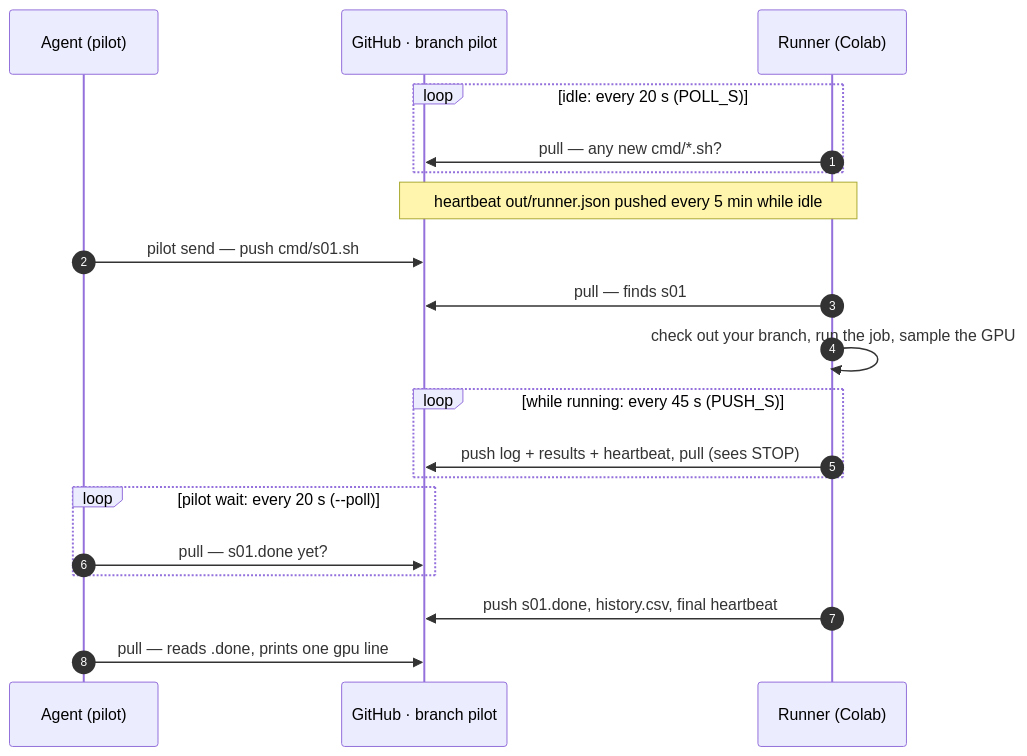
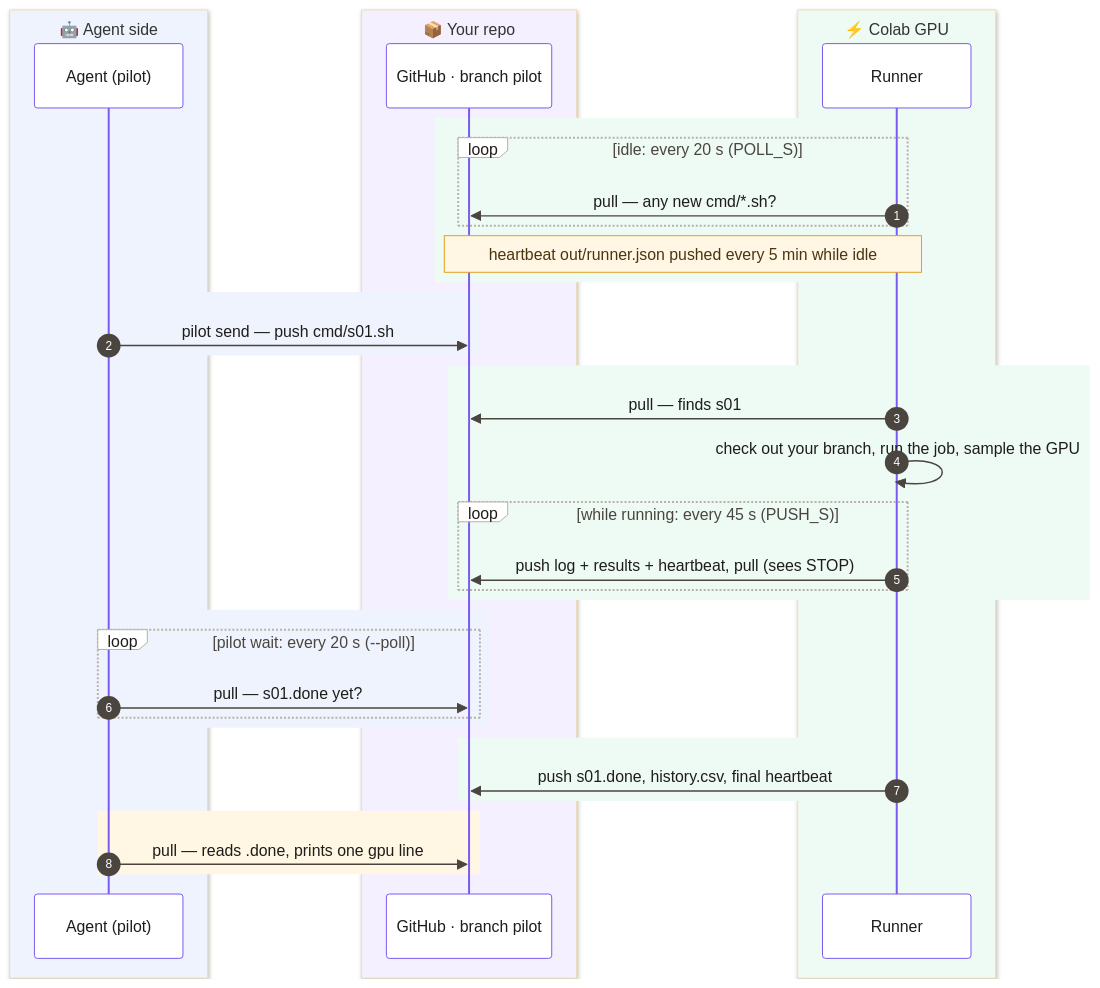
The third of 3 diagrams in docs/HOW-IT-WORKS.md (SergeyChere/MeetProxy), drawn with Mermaid before and after one commit. The commit also changed other lines of this file and 1 other file, not shown here.

Commit message:
Docs: all diagrams as colored Mermaid
ARCHITECTURE.md: the ASCII overview becomes a Mermaid flowchart.
HOW-IT-WORKS.md: the timer sequence diagram gets colored boxes per side
(agent blue, repo purple, Colab green, result amber); flowcharts get
colored subgraphs and edges by who reads what.

Claude-Session: https://claude.ai/code/session_01LGEfjEpajPLq19FPbvdUeb

````diff
--- a/docs/HOW-IT-WORKS.md
+++ b/docs/HOW-IT-WORKS.md
@@ -98,22 +108,47 @@
 ```mermaid
+%%{init: {"theme": "base", "themeVariables": {"actorBkg": "#ffffff", "actorBorder": "#7a5af0", "actorTextColor": "#1f1d1a", "signalColor": "#4a463f", "signalTextColor": "#1f1d1a", "noteBkgColor": "#fff6e3", "noteBorderColor": "#e0a020", "noteTextColor": "#4a3510", "sequenceNumberColor": "#ffffff", "loopTextColor": "#4a463f", "labelBoxBkgColor": "#ffffff", "labelBoxBorderColor": "#b8b2a6"}}}%%
 sequenceDiagram
     autonumber
-    participant A as Agent (pilot)
-    participant G as GitHub · branch pilot
-    participant R as Runner (Colab)
-    loop idle: every 20 s (POLL_S)
-        R->>G: pull — any new cmd/*.sh?
+    box rgb(238,243,253) 🤖 Agent side
+        participant A as Agent (pilot)
     end
-    Note over R,G: heartbeat out/runner.json pushed every 5 min while idle
-    A->>G: pilot send — push cmd/s01.sh
-    R->>G: pull — finds s01
-    R->>R: check out your branch, run the job, sample the GPU
-    loop while running: every 45 s (PUSH_S)
-        R->>G: push log + results + heartbeat, pull (sees STOP)
+    box rgb(244,240,255) 📦 Your repo
+        participant G as GitHub · branch pilot
     end
-    loop pilot wait: every 20 s (--poll)
-        A->>G: pull — s01.done yet?
+    box rgb(238,250,244) ⚡ Colab GPU
+        participant R as Runner
     end
-    R->>G: push s01.done, history.csv, final heartbeat
-    A->>G: pull — reads .done, prints one gpu line
+
+    rect rgb(238,250,244)
+        loop idle: every 20 s (POLL_S)
+            R->>G: pull — any new cmd/*.sh?
+        end
+        Note over G,R: heartbeat out/runner.json pushed every 5 min while idle
+    end
+
+    rect rgb(238,243,253)
+        A->>G: pilot send — push cmd/s01.sh
+    end
+
+    rect rgb(238,250,244)
+        R->>G: pull — finds s01
+        R->>R: check out your branch, run the job, sample the GPU
+        loop while running: every 45 s (PUSH_S)
+            R->>G: push log + results + heartbeat, pull (sees STOP)
+        end
+    end
+
+    rect rgb(238,243,253)
+        loop pilot wait: every 20 s (--poll)
+            A->>G: pull — s01.done yet?
+        end
+    end
+
+    rect rgb(238,250,244)
+        R->>G: push s01.done, history.csv, final heartbeat
+    end
+
+    rect rgb(255,246,227)
+        A->>G: pull — reads .done, prints one gpu line
+    end
 ```
````
